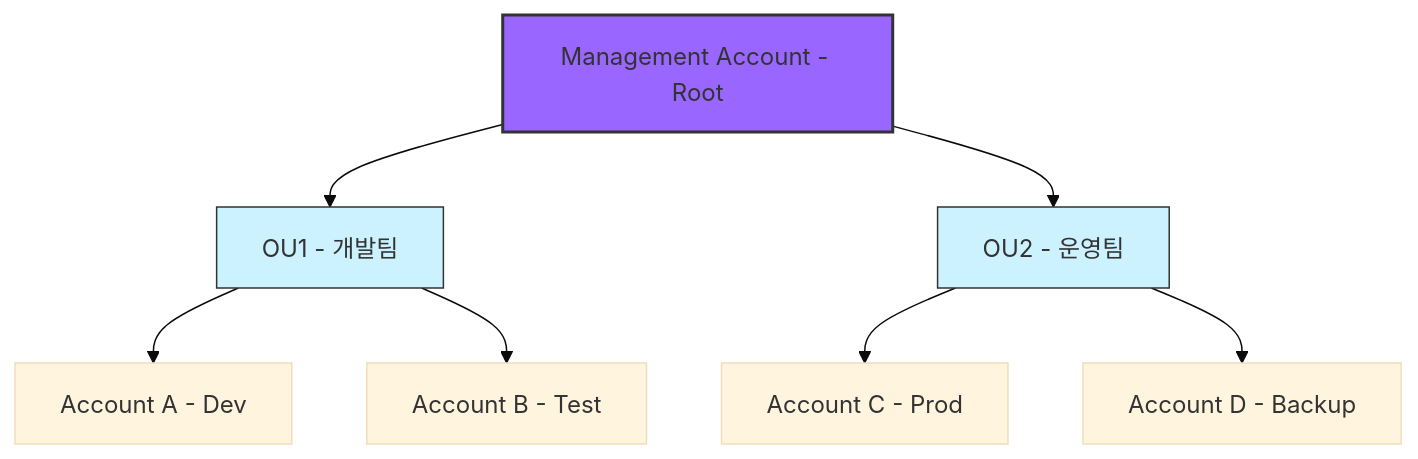
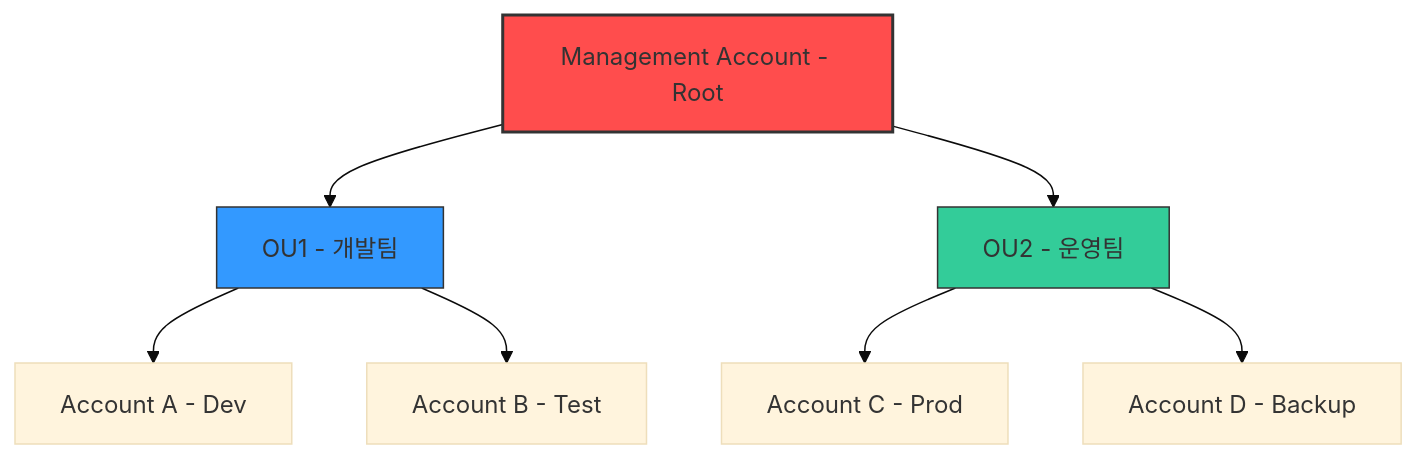
One commit to yjshin-cloud/TIL changed the diagram in Cloud/AWS/Service/AWS-Organizations.md. Above: the diagram before and after it, drawn with Mermaid (base theme).

````diff
--- a/Cloud/AWS/Service/AWS-Organizations.md
+++ b/Cloud/AWS/Service/AWS-Organizations.md
@@ -25,13 +25,13 @@
 ```mermaid
 flowchart TD
     A[Management Account - Root] --> B[OU1 - 개발팀]
     A --> C[OU2 - 운영팀]
     B --> D[Account A - Dev]
     B --> E[Account B - Test]
     C --> F[Account C - Prod]
     C --> G[Account D - Backup]
 
-    style A fill:#9966ff,stroke:#333,stroke-width:2px
-    style B fill:#ccf2ff,stroke:#333,stroke-width:1px
-    style C fill:#ccf2ff,stroke:#333,stroke-width:1px
+    style A fill:#ff4d4d,stroke:#333,stroke-width:2px
+    style B fill:#3399ff,stroke:#333,stroke-width:1px
+    style C fill:#33cc99,stroke:#333,stroke-width:1px
 ```
````
